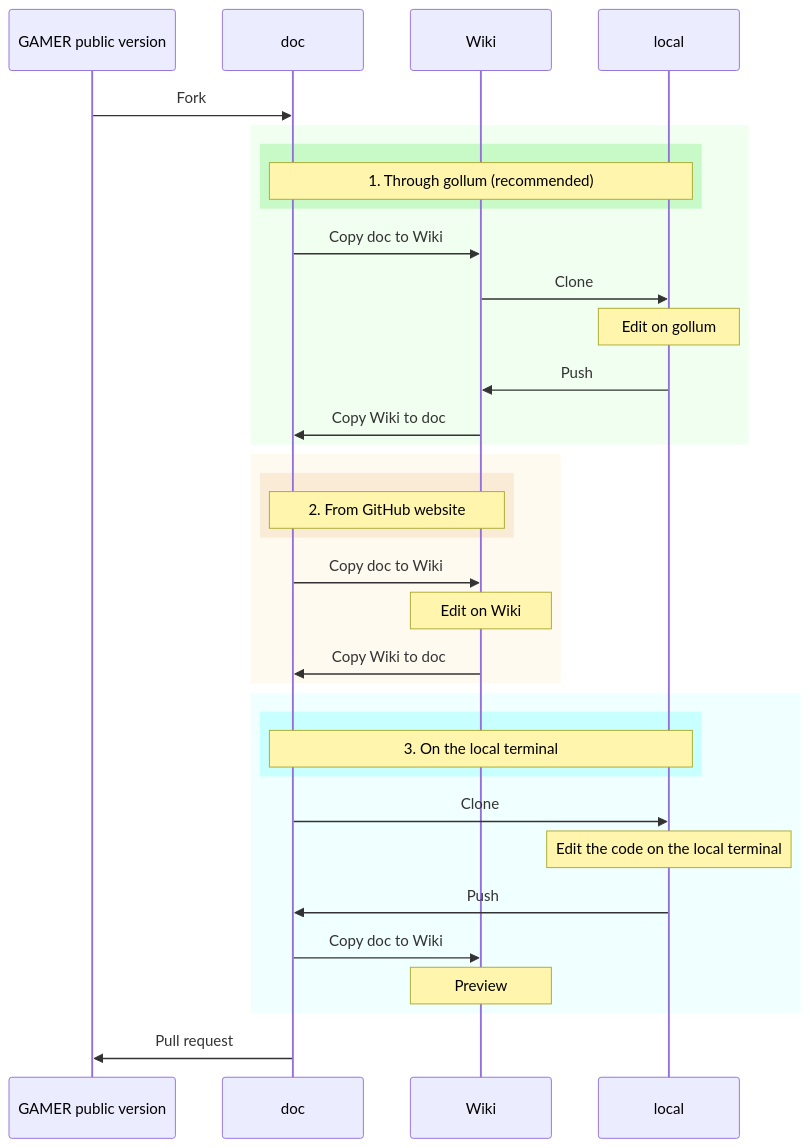
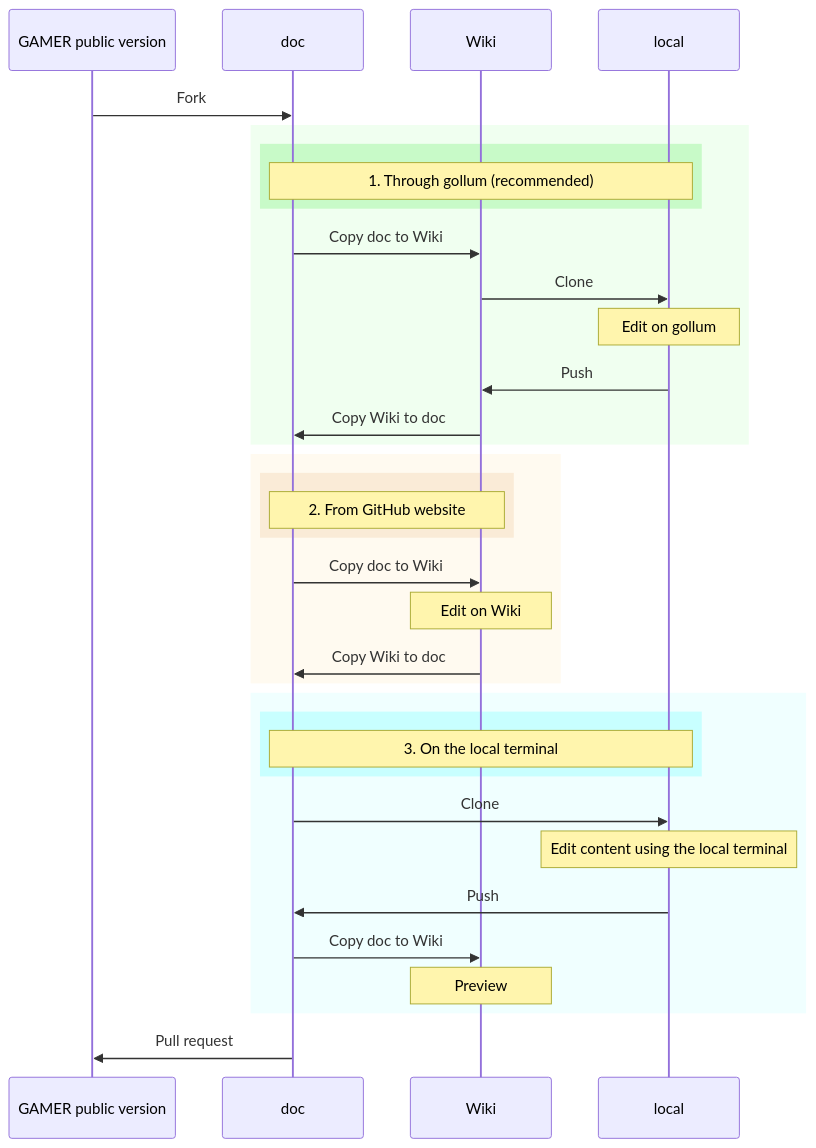
Before and after one commit to gamer-project/gamer: the diagram in doc/wiki/Contribute-related/Contribute:-Update-Wiki.md, drawn with Mermaid. The commit also changed other lines of this file and 14 other files, not shown here.

````diff
--- a/doc/wiki/Contribute-related/Contribute:-Update-Wiki.md
+++ b/doc/wiki/Contribute-related/Contribute:-Update-Wiki.md
@@ -17,41 +17,41 @@
 ```mermaid
 sequenceDiagram
     participant GAMER public version
     participant doc
     participant Wiki
     participant local
 
     GAMER public version->>doc: Fork
     rect rgb(240,255,240)
     rect rgb(200,250,200)
     Note over doc,local: 1. Through gollum (recommended)
     end
     doc->>Wiki: Copy doc to Wiki
     Wiki->>local: Clone
     Note over local: Edit on gollum
     local->>Wiki: Push
     Wiki->>doc: Copy Wiki to doc
     end
 
     rect rgb(255,250,240)
     rect rgb(250,235,215)
     Note over doc,Wiki: 2. From GitHub website
     end
     doc->>Wiki: Copy doc to Wiki
     Note over Wiki: Edit on Wiki
     Wiki->>doc: Copy Wiki to doc
     end
 
     rect rgb(240,255,255)
     rect rgb(200,255,255)
     Note over doc,local: 3. On the local terminal
     end
     doc->>local: Clone
-    Note over local: Edit the code on the local terminal
+    Note over local: Edit content using the local terminal
     local->>doc: Push
     doc->>Wiki: Copy doc to Wiki
     Note over Wiki: Preview
     end
 
     doc->>GAMER public version: Pull request
 ```
````
